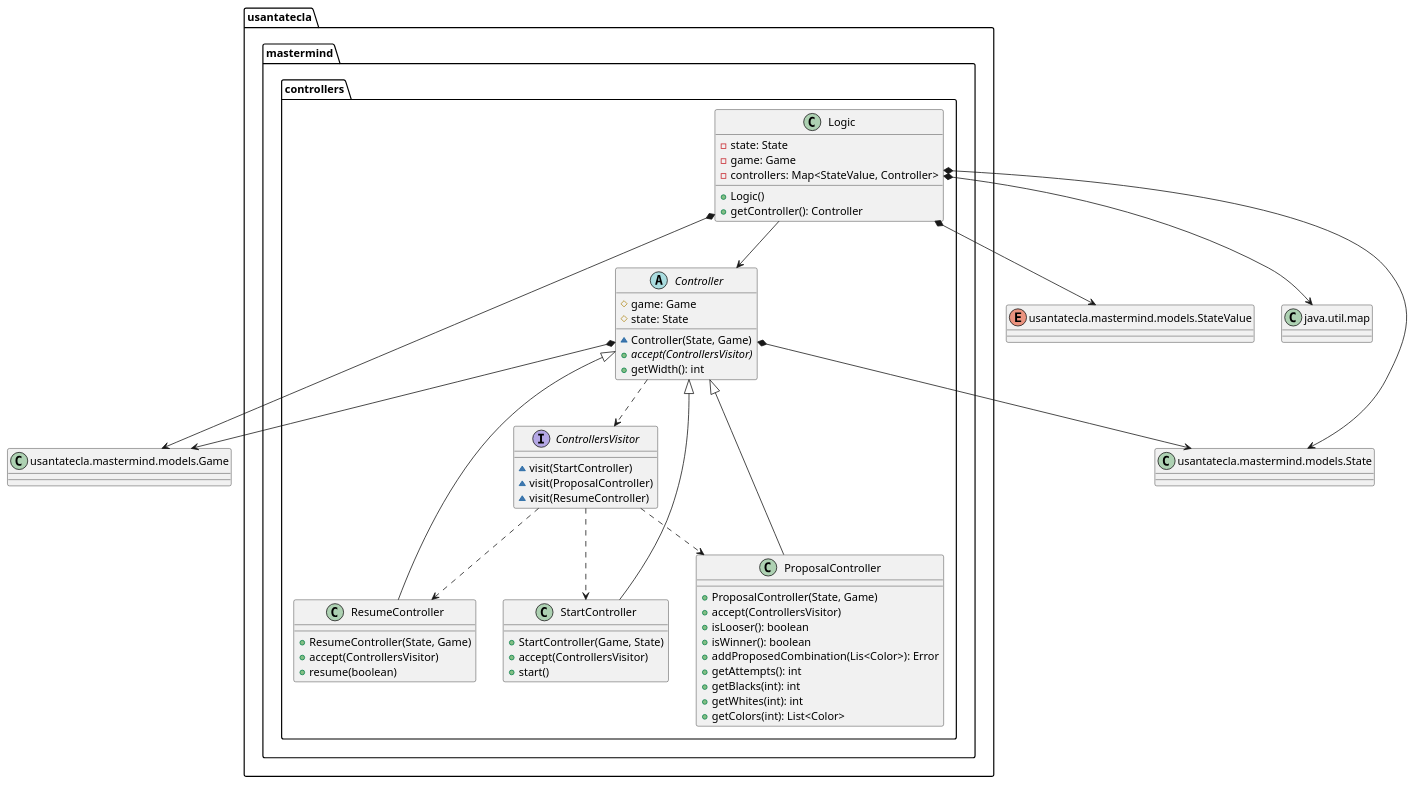
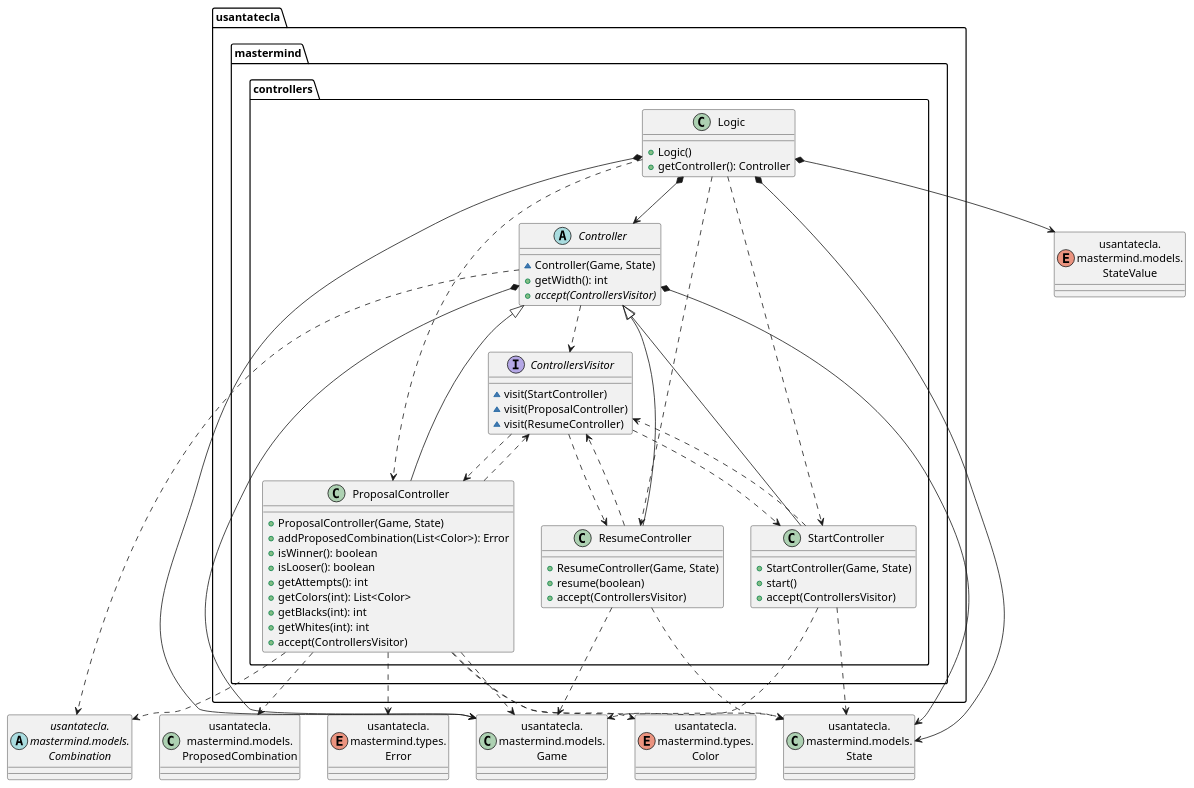
Before and after one commit to SantaTecla-mastermind/solution.java.swing.socket.sql: the fourth of 7 diagrams in modelViewPresenter/presentationModel/withDoubleDispatching/docs/diagrams/src/paquetes.plantuml, drawn with PlantUML. The commit also changed other lines of this file and 27 other files, not shown here.

Commit message:
[mvp.pm.withDoubleDispatching] Fixed code + diagrams + readme

```diff
--- a/modelViewPresenter/presentationModel/withDoubleDispatching/docs/diagrams/src/paquetes.plantuml
+++ b/modelViewPresenter/presentationModel/withDoubleDispatching/docs/diagrams/src/paquetes.plantuml
@@ -240,78 +204,81 @@
 @startuml usantatecla.mastermind.controllers
-class Game as "usantatecla.mastermind.models.Game" {
+abstract class Combination as "usantatecla.\nmastermind.models.\nCombination"
+class Game as "usantatecla.\nmastermind.models.\nGame"
+class State as "usantatecla.\nmastermind.models.\nState"
+class ProposedCombination as "usantatecla.\nmastermind.models.\nProposedCombination"
+enum StateValue as "usantatecla.\nmastermind.models.\nStateValue"
+enum Error as "usantatecla.\nmastermind.types.\nError"
+enum Color as "usantatecla.\nmastermind.types.\nColor"
 
+interface usantatecla.mastermind.controllers.ControllersVisitor {
+    ~ visit(StartController)
+    ~ visit(ProposalController)
+    ~ visit(ResumeController)
+}
+usantatecla.mastermind.controllers.ControllersVisitor .down.> usantatecla.mastermind.controllers.StartController
+usantatecla.mastermind.controllers.ControllersVisitor .down.> usantatecla.mastermind.controllers.ProposalController
+usantatecla.mastermind.controllers.ControllersVisitor .down.> usantatecla.mastermind.controllers.ResumeController
 
+abstract class  usantatecla.mastermind.controllers.Controller{
+    ~ Controller(Game, State)
+    + getWidth(): int
+    + {abstract} accept(ControllersVisitor)
 }
-
-class State as "usantatecla.mastermind.models.State" {
-
-
-}
-
-Enum StateValue as "usantatecla.mastermind.models.StateValue" {
-
-
-}
-
-class Map as "java.util.map"
-
-abstract class usantatecla.mastermind.controllers.Controller{
-# game: Game
-# state: State
-~ Controller(State, Game)
-+ {abstract} accept(ControllersVisitor)
-+ getWidth(): int
-}
+usantatecla.mastermind.controllers.Controller *-down-> Game
 usantatecla.mastermind.controllers.Controller *-down-> State
-usantatecla.mastermind.controllers.Controller *-down-> Game
-usantatecla.mastermind.controllers.Controller ..> usantatecla.mastermind.controllers.ControllersVisitor
-
-interface usantatecla.mastermind.controllers.ControllersVisitor{
-~ visit(StartController)
-~ visit(ProposalController)
-~ visit(ResumeController)
-}
-usantatecla.mastermind.controllers.ControllersVisitor ..> usantatecla.mastermind.controllers.ResumeController
-usantatecla.mastermind.controllers.ControllersVisitor ..> usantatecla.mastermind.controllers.StartController
-usantatecla.mastermind.controllers.ControllersVisitor ..> usantatecla.mastermind.controllers.ProposalController
+usantatecla.mastermind.controllers.Controller .down.> Combination
+usantatecla.mastermind.controllers.Controller .down.> usantatecla.mastermind.controllers.ControllersVisitor
 
 class  usantatecla.mastermind.controllers.Logic{
-- state: State
-- game: Game
-- controllers: Map<StateValue, Controller>
-+ Logic()
-+ getController(): Controller
+    + Logic()
+    + getController(): Controller
 }
+usantatecla.mastermind.controllers.Logic *-down-> usantatecla.mastermind.controllers.Controller
+usantatecla.mastermind.controllers.Logic *-down-> Game
+usantatecla.mastermind.controllers.Logic *-down-> State
 usantatecla.mastermind.controllers.Logic *-down-> StateValue
-usantatecla.mastermind.controllers.Logic *-down-> State
-usantatecla.mastermind.controllers.Logic *-down-> Map
-usantatecla.mastermind.controllers.Logic *-down-> Game
-usantatecla.mastermind.controllers.Logic --> usantatecla.mastermind.controllers.Controller
+usantatecla.mastermind.controllers.Logic .down.> usantatecla.mastermind.controllers.ResumeController
+usantatecla.mastermind.controllers.Logic .down.> usantatecla.mastermind.controllers.StartController
+usantatecla.mastermind.controllers.Logic .down.> usantatecla.mastermind.controllers.ProposalController
 
 class  usantatecla.mastermind.controllers.ProposalController{
-+ ProposalController(State, Game)
-+ accept(ControllersVisitor)
-+ isLooser(): boolean
-+ isWinner(): boolean
-+ addProposedCombination(Lis<Color>): Error
-+ getAttempts(): int
-+ getBlacks(int): int
-+ getWhites(int): int
-+ getColors(int): List<Color>
+    + ProposalController(Game, State)
+    + addProposedCombination(List<Color>): Error
+    + isWinner(): boolean
+    + isLooser(): boolean
+    + getAttempts(): int
+    + getColors(int): List<Color>
+    + getBlacks(int): int
+    + getWhites(int): int
+    + accept(ControllersVisitor)
 }
 usantatecla.mastermind.controllers.Controller <|-down- usantatecla.mastermind.controllers.ProposalController
+usantatecla.mastermind.controllers.ProposalController .down.> Combination
+usantatecla.mastermind.controllers.ProposalController .down.> Game
+usantatecla.mastermind.controllers.ProposalController .down.> State
+usantatecla.mastermind.controllers.ProposalController .down.> ProposedCombination
+usantatecla.mastermind.controllers.ProposalController .down.> Error
+usantatecla.mastermind.controllers.ProposalController .down.> Color
+usantatecla.mastermind.controllers.ProposalController .down.> usantatecla.mastermind.controllers.ControllersVisitor
 
 class  usantatecla.mastermind.controllers.ResumeController{
-+ ResumeController(State, Game)
-+ accept(ControllersVisitor)
-+ resume(boolean)
+    + ResumeController(Game, State)
+    + resume(boolean)
+    + accept(ControllersVisitor)
 }
 usantatecla.mastermind.controllers.Controller <|-down- usantatecla.mastermind.controllers.ResumeController
+usantatecla.mastermind.controllers.ResumeController .down.> Game
+usantatecla.mastermind.controllers.ResumeController .down.> State
+usantatecla.mastermind.controllers.ResumeController .down.> usantatecla.mastermind.controllers.ControllersVisitor
 
 class  usantatecla.mastermind.controllers.StartController{
-+ StartController(Game, State)
-+ accept(ControllersVisitor)
-+ start()
+    + StartController(Game, State)
+    + start()
+    + accept(ControllersVisitor)
 }
 usantatecla.mastermind.controllers.Controller <|-down- usantatecla.mastermind.controllers.StartController
+usantatecla.mastermind.controllers.StartController .down.> Game
+usantatecla.mastermind.controllers.StartController .down.> State
+usantatecla.mastermind.controllers.StartController .down.> usantatecla.mastermind.controllers.ControllersVisitor
+
 @enduml
```
